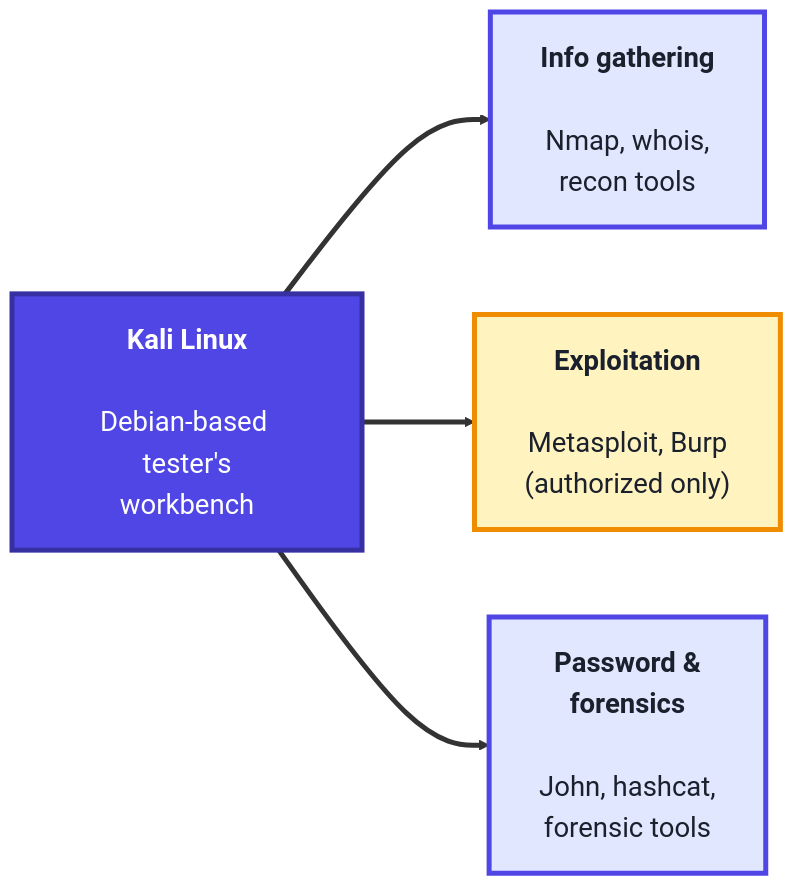
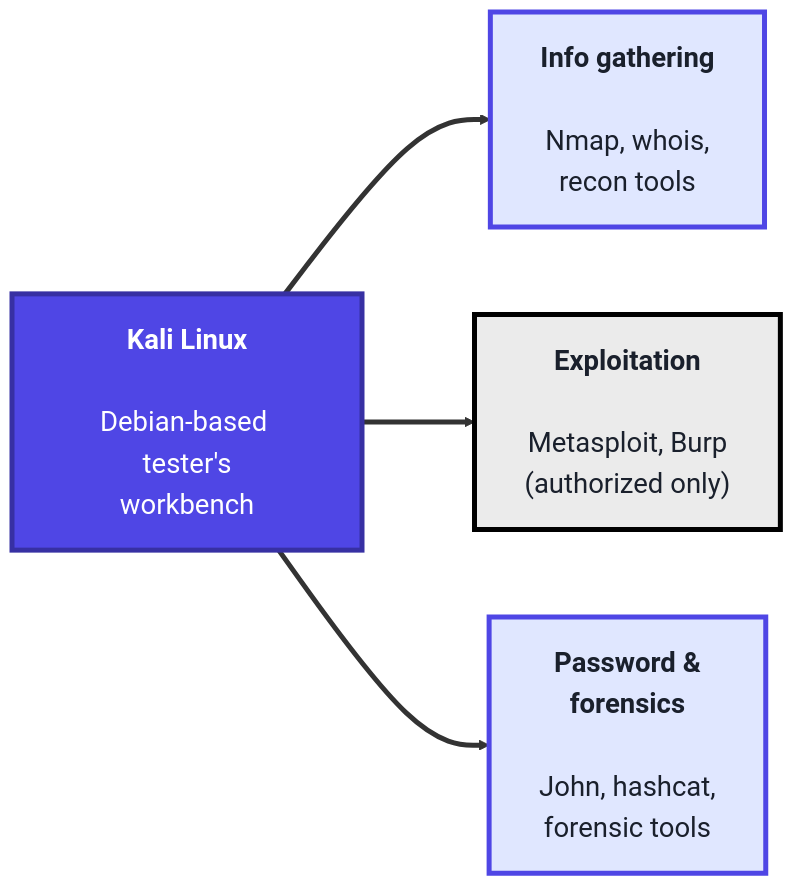
One commit to SHEMODELTECH/shemodeltech changed the first of 3 diagrams in src/Pages/courses/TechGuard/module-3-ethical-hacking.md. Above: the diagram before and after it, drawn with Mermaid. The commit also changed other lines of this file and 46 other files, not shown here.

````diff
--- a/src/Pages/courses/TechGuard/module-3-ethical-hacking.md
+++ b/src/Pages/courses/TechGuard/module-3-ethical-hacking.md
@@ -22,18 +22,18 @@
 ```mermaid
 %%{init: {'theme':'base', 'themeVariables': {'fontSize':'22px', 'primaryTextColor':'#1a202c', 'primaryBorderColor':'#3730a3', 'lineColor':'#333333'}, 'flowchart': {'nodeSpacing': 70, 'rankSpacing': 90, 'padding': 20}}}%%
 flowchart LR
     K["<b>Kali Linux</b><br/><br/>Debian-based tester's<br/>workbench"]
     INFO["<b>Info gathering</b><br/><br/>Nmap, whois,<br/>recon tools"]
     EXP["<b>Exploitation</b><br/><br/>Metasploit, Burp<br/>(authorized only)"]
     PW["<b>Password &<br/>forensics</b><br/><br/>John, hashcat,<br/>forensic tools"]
 
     K ==> INFO
     K ==> EXP
     K ==> PW
 
     style K fill:#4f46e5,color:#fff,stroke:#3730a3,stroke-width:4px
     style INFO fill:#e0e7ff,color:#1a202c,stroke:#4f46e5,stroke-width:4px
-    style EXP fill:#fff3bf,color:#1a202c,stroke:#f08c00,stroke-width:4px
+    style EXP fill:#EBEBEB,color:#1a202c,stroke:#000000,stroke-width:4px
     style PW fill:#e0e7ff,color:#1a202c,stroke:#4f46e5,stroke-width:4px
     linkStyle default stroke-width:4px,stroke:#333333
 ```
````
